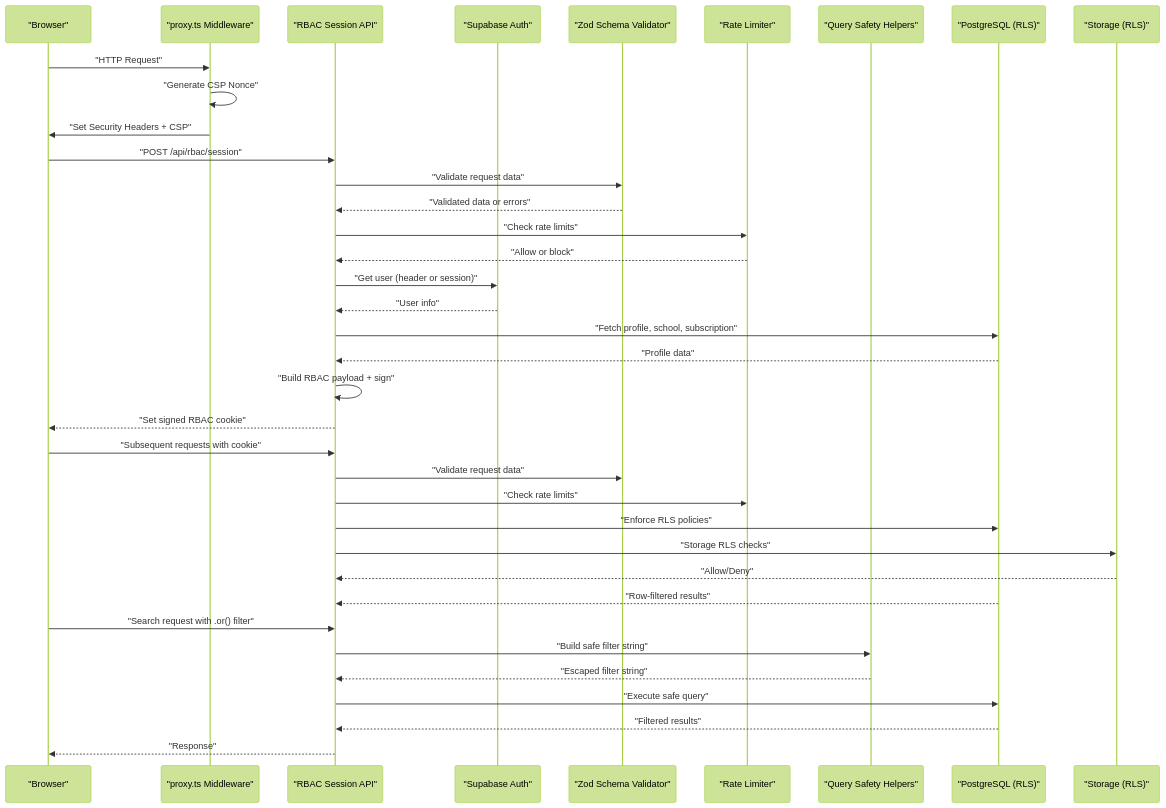
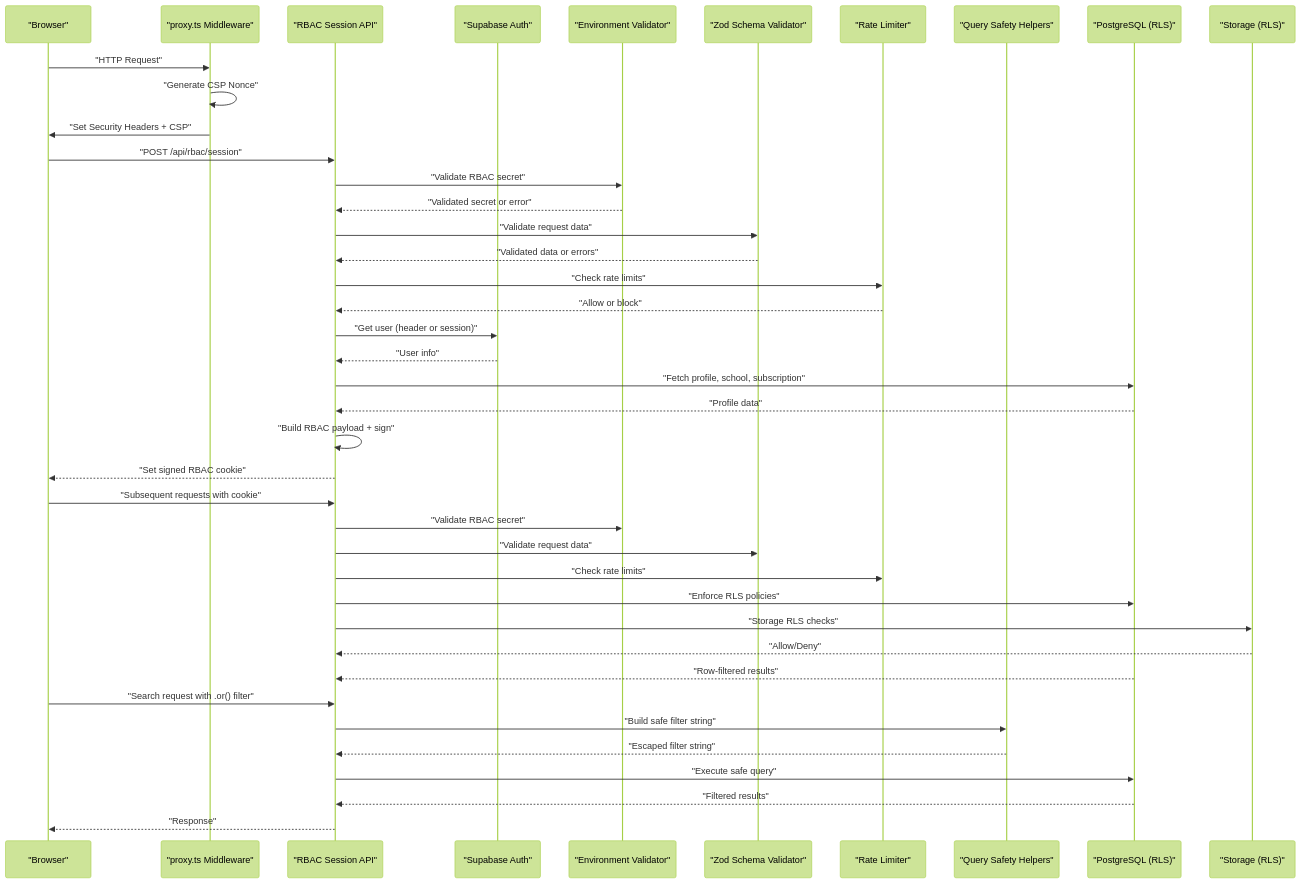
One commit to mustafaalkusaj/appschoolmustafa2002 changed the second of 12 diagrams in .qoder/repowiki/en/content/Security Implementation/Security Implementation.md. Above: the diagram before and after it, drawn with Mermaid (forest theme). The commit also changed other lines of this file and 277 other files, not shown here.

````diff
--- a/.qoder/repowiki/en/content/Security Implementation/Security Implementation.md
+++ b/.qoder/repowiki/en/content/Security Implementation/Security Implementation.md
@@ -173,39 +185,43 @@
 ```mermaid
 sequenceDiagram
 participant Client as "Browser"
 participant Proxy as "proxy.ts Middleware"
 participant API as "RBAC Session API"
 participant Supabase as "Supabase Auth"
+participant EnvValidator as "Environment Validator"
 participant SchemaValidator as "Zod Schema Validator"
 participant RateLimiter as "Rate Limiter"
 participant QueryHelpers as "Query Safety Helpers"
 participant DB as "PostgreSQL (RLS)"
 participant Storage as "Storage (RLS)"
 Client->>Proxy : "HTTP Request"
 Proxy->>Proxy : "Generate CSP Nonce"
 Proxy->>Client : "Set Security Headers + CSP"
 Client->>API : "POST /api/rbac/session"
+API->>EnvValidator : "Validate RBAC secret"
+EnvValidator-->>API : "Validated secret or error"
 API->>SchemaValidator : "Validate request data"
 SchemaValidator-->>API : "Validated data or errors"
 API->>RateLimiter : "Check rate limits"
 RateLimiter-->>API : "Allow or block"
 API->>Supabase : "Get user (header or session)"
 Supabase-->>API : "User info"
 API->>DB : "Fetch profile, school, subscription"
 DB-->>API : "Profile data"
 API->>API : "Build RBAC payload + sign"
 API-->>Client : "Set signed RBAC cookie"
 Client->>API : "Subsequent requests with cookie"
+API->>EnvValidator : "Validate RBAC secret"
 API->>SchemaValidator : "Validate request data"
 API->>RateLimiter : "Check rate limits"
 API->>DB : "Enforce RLS policies"
 API->>Storage : "Storage RLS checks"
 Storage-->>API : "Allow/Deny"
 DB-->>API : "Row-filtered results"
 Client->>API : "Search request with .or() filter"
 API->>QueryHelpers : "Build safe filter string"
 QueryHelpers-->>API : "Escaped filter string"
 API->>DB : "Execute safe query"
 DB-->>API : "Filtered results"
 API-->>Client : "Response"
 ```
````
